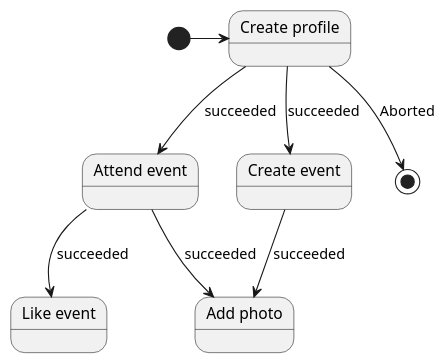
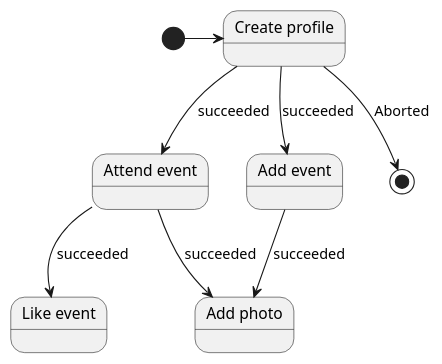
Before and after one commit to sinemyb/yogamed: the diagram in architecture/state.puml, drawn with PlantUML. The commit also changed 4 other files, not shown here.

Commit message:
Add puml to architecture folder

```diff
--- a/architecture/state.puml
+++ b/architecture/state.puml
@@ -1,17 +1,17 @@
 @startuml
 
 state "Create profile" as State1
 state "Attend event" as State2
 state "Like event" as State3
 state "Add photo" as State4
-state "Create event" as State5
+state "Add event" as State5
 
 [*] -> State1
 State1 --> State2: succeeded
 State1 --> [*]: Aborted
 State2 --> State3: succeeded
 State2 --> State4: succeeded
 State1 --> State5: succeeded
 State5 --> State4: succeeded
 
 @enduml
```
